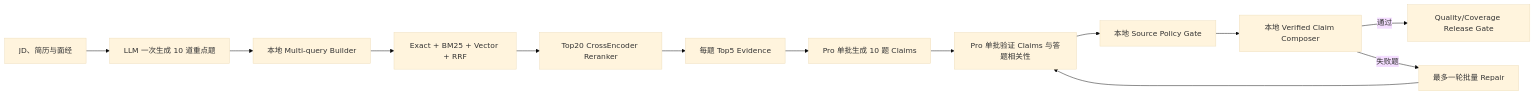
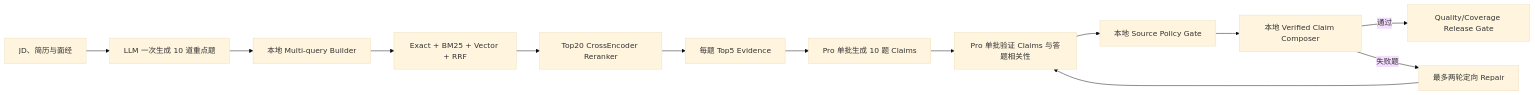
Before and after one commit to Yonhen233/CareerAgent: the second of 2 diagrams in docs/ARCHITECTURE.md, drawn with Mermaid (base theme). The commit also changed other lines of this file and 81 other files, not shown here.

````diff
--- a/docs/ARCHITECTURE.md
+++ b/docs/ARCHITECTURE.md
@@ -108,15 +108,15 @@
 ```mermaid
 flowchart LR
     A["JD、简历与面经"] --> B["LLM 一次生成 10 道重点题"]
     B --> C["本地 Multi-query Builder"]
     C --> D["Exact + BM25 + Vector + RRF"]
     D --> E["Top20 CrossEncoder Reranker"]
     E --> F["每题 Top5 Evidence"]
     F --> G["Pro 单批生成 10 题 Claims"]
     G --> H["Pro 单批验证 Claims 与答题相关性"]
     H --> I["本地 Source Policy Gate"]
     I --> J["本地 Verified Claim Composer"]
     J -->|"通过"| K["Quality/Coverage Release Gate"]
-    J -->|"失败题"| L["最多一轮批量 Repair"]
+    J -->|"失败题"| L["最多两轮定向 Repair"]
     L --> H
 ```
````
